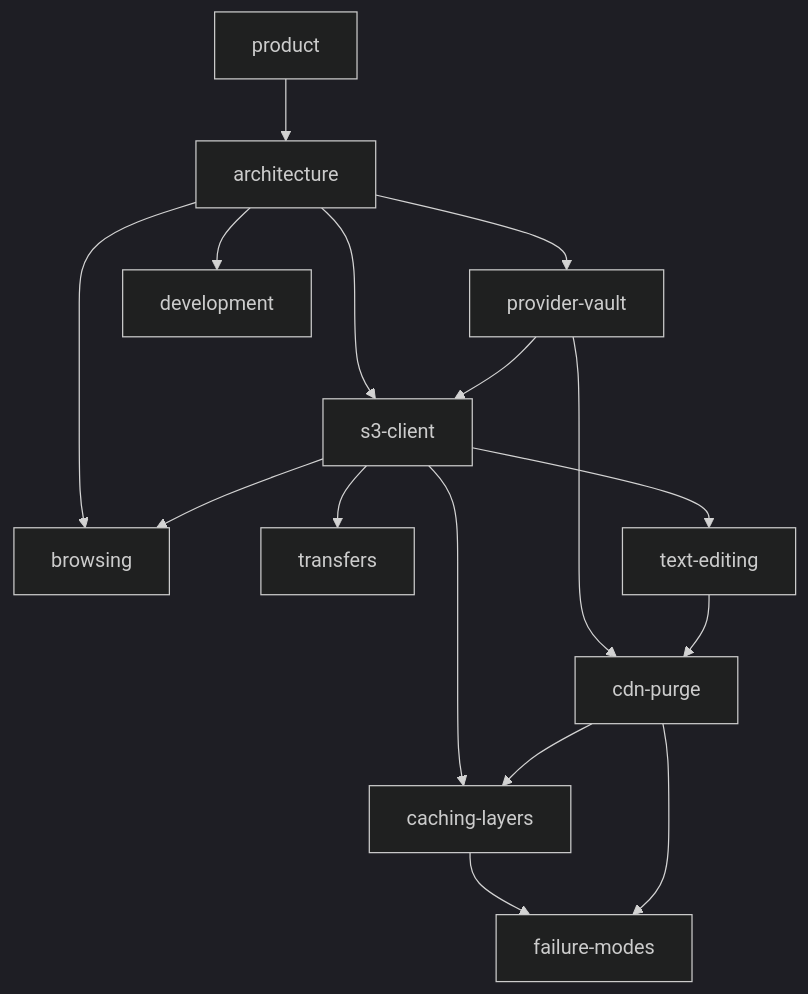
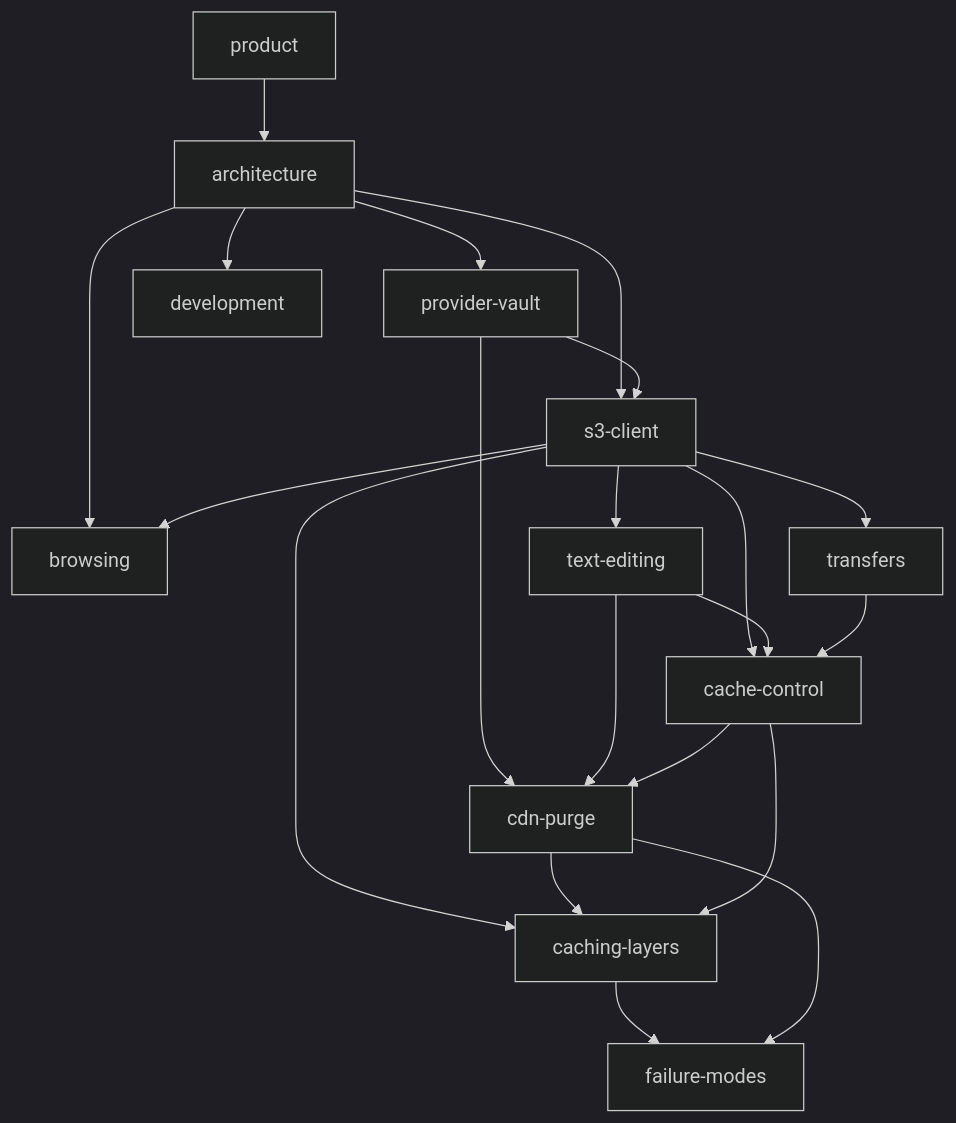
Before and after one commit to haider-patanwala/S3-multi: the diagram in docs/index.md, drawn with Mermaid (dark theme). The commit also changed other lines of this file and 16 other files, not shown here.

````diff
--- a/docs/index.md
+++ b/docs/index.md
@@ -39,18 +40,23 @@
 ```mermaid
 graph TD
   product[product] --> architecture[architecture]
   architecture --> provider-vault[provider-vault]
   architecture --> s3-client[s3-client]
   architecture --> browsing[browsing]
   provider-vault --> s3-client
   provider-vault --> cdn-purge[cdn-purge]
   s3-client --> browsing
   s3-client --> transfers[transfers]
   s3-client --> text-editing[text-editing]
   text-editing --> cdn-purge
   s3-client --> caching-layers[caching-layers]
   cdn-purge --> caching-layers
   caching-layers --> failure-modes[failure-modes]
   cdn-purge --> failure-modes
   architecture --> development[development]
+  s3-client --> cache-control[cache-control]
+  cache-control --> caching-layers
+  cache-control --> cdn-purge
+  text-editing --> cache-control
+  transfers --> cache-control
 ```
````
